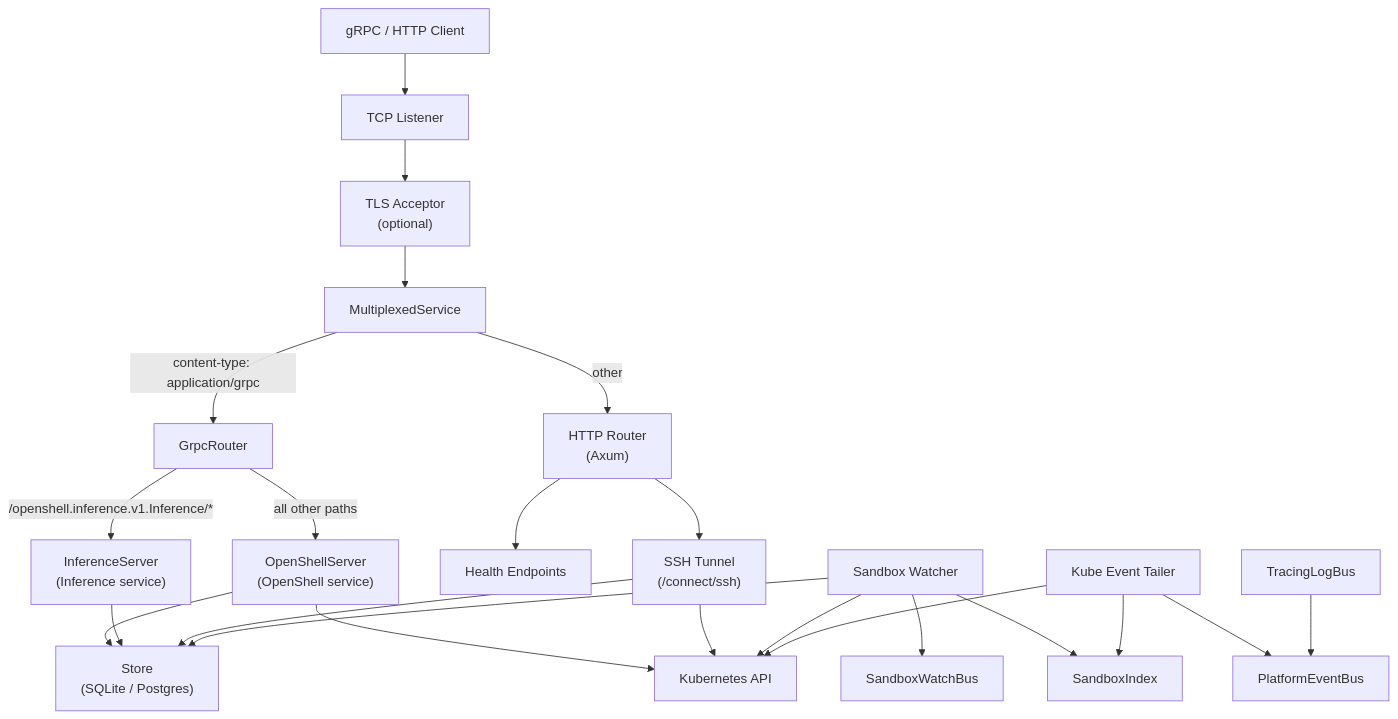
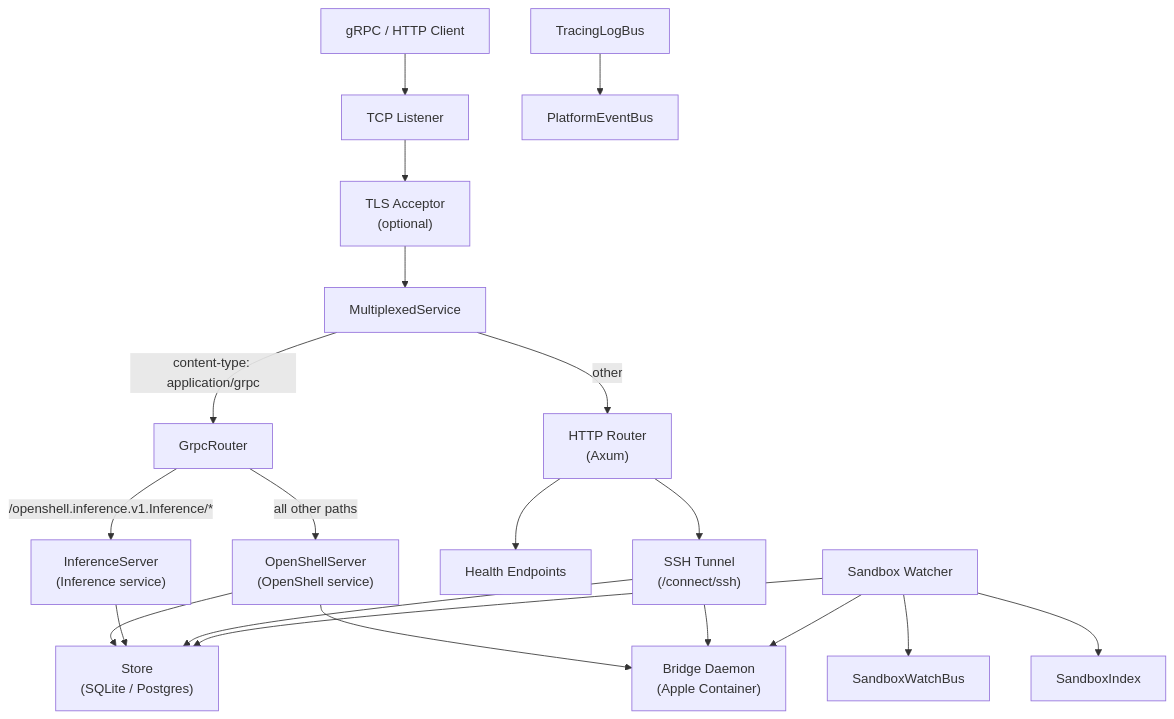
Before and after one commit to persimmon16/OpenShell: the first of 2 diagrams in architecture/gateway.md, drawn with Mermaid. The commit also changed other lines of this file and 98 other files, not shown here.

First line of the commit message:
refactor: remove Docker/k3s/Kubernetes, macOS-only with Apple Container

````diff
--- a/architecture/gateway.md
+++ b/architecture/gateway.md
@@ -21,44 +17,40 @@
 ```mermaid
 graph TD
     Client["gRPC / HTTP Client"]
     TCP["TCP Listener"]
     TLS["TLS Acceptor<br/>(optional)"]
     MUX["MultiplexedService"]
     GRPC_ROUTER["GrpcRouter"]
     NAV["OpenShellServer<br/>(OpenShell service)"]
     INF["InferenceServer<br/>(Inference service)"]
     HTTP["HTTP Router<br/>(Axum)"]
     HEALTH["Health Endpoints"]
     SSH_TUNNEL["SSH Tunnel<br/>(/connect/ssh)"]
     STORE["Store<br/>(SQLite / Postgres)"]
-    K8S["Kubernetes API"]
+    BRIDGE["Bridge Daemon<br/>(Apple Container)"]
     WATCHER["Sandbox Watcher"]
-    EVENT_TAILER["Kube Event Tailer"]
     WATCH_BUS["SandboxWatchBus"]
     LOG_BUS["TracingLogBus"]
     PLAT_BUS["PlatformEventBus"]
     INDEX["SandboxIndex"]
 
     Client --> TCP
     TCP --> TLS
     TLS --> MUX
     MUX -->|"content-type: application/grpc"| GRPC_ROUTER
     MUX -->|"other"| HTTP
     GRPC_ROUTER -->|"/openshell.inference.v1.Inference/*"| INF
     GRPC_ROUTER -->|"all other paths"| NAV
     HTTP --> HEALTH
     HTTP --> SSH_TUNNEL
     NAV --> STORE
-    NAV --> K8S
+    NAV --> BRIDGE
     INF --> STORE
     SSH_TUNNEL --> STORE
-    SSH_TUNNEL --> K8S
-    WATCHER --> K8S
+    SSH_TUNNEL --> BRIDGE
+    WATCHER --> BRIDGE
     WATCHER --> STORE
     WATCHER --> WATCH_BUS
     WATCHER --> INDEX
-    EVENT_TAILER --> K8S
-    EVENT_TAILER --> PLAT_BUS
-    EVENT_TAILER --> INDEX
     LOG_BUS --> PLAT_BUS
 ```
````
